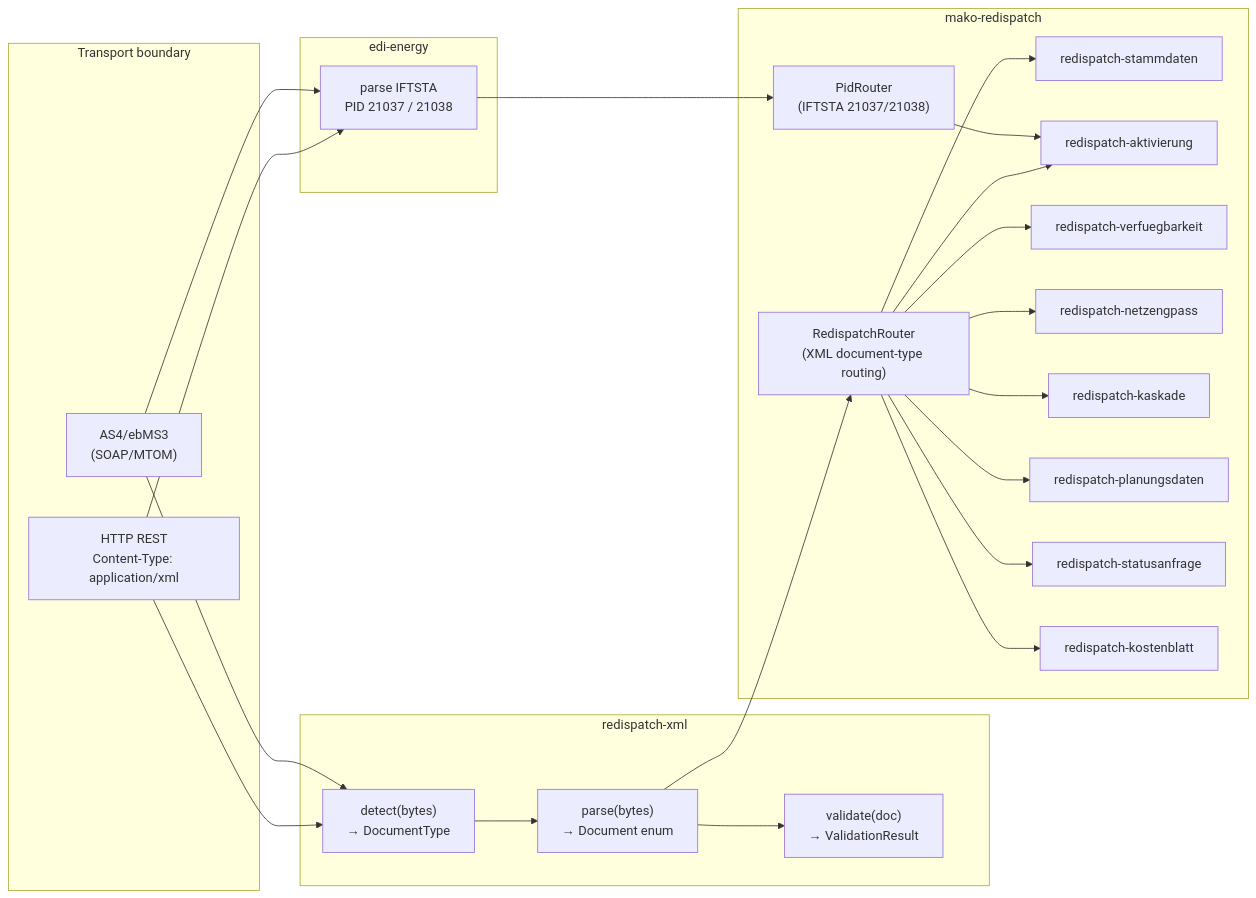
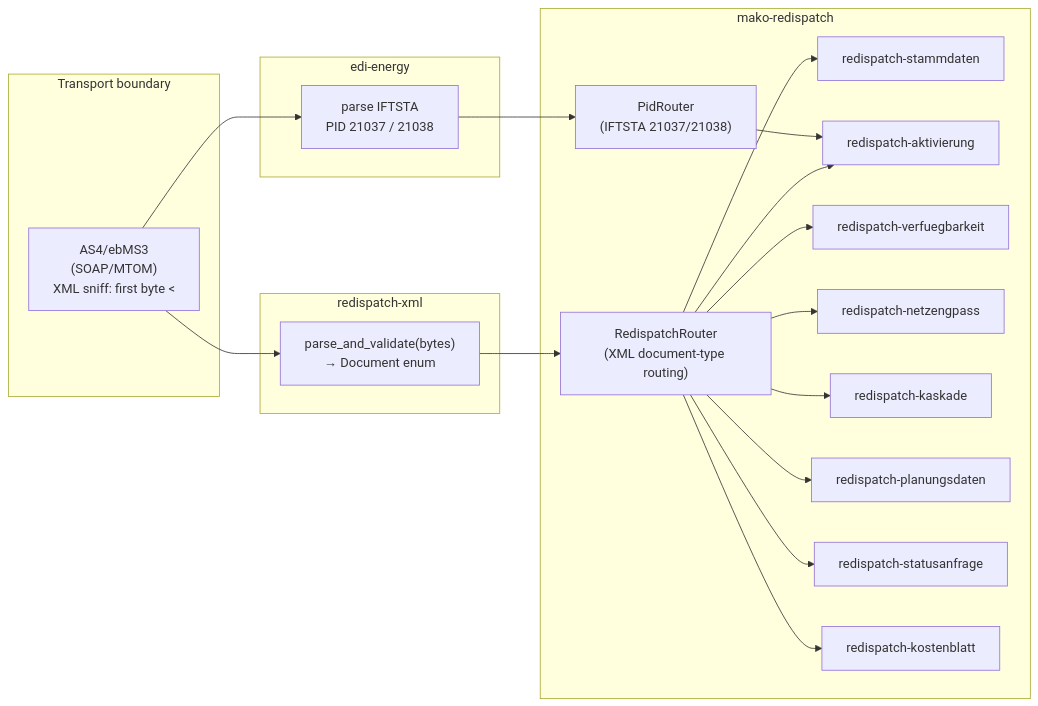
Before and after one commit to hupe1980/mako: the diagram in docs/redispatch.md, drawn with Mermaid. The commit also changed other lines of this file and 81 other files, not shown here.

````diff
--- a/docs/redispatch.md
+++ b/docs/redispatch.md
@@ -57,37 +58,33 @@
 ```mermaid
 graph LR
     subgraph "Transport boundary"
-        HTTP["HTTP REST\nContent-Type: application/xml"]
-        AS4["AS4/ebMS3\n(SOAP/MTOM)"]
+        AS4["AS4/ebMS3\n(SOAP/MTOM)\nXML sniff: first byte <"]
     end
 
     subgraph "redispatch-xml"
-        DETECT["detect(bytes)\n→ DocumentType"]
-        PARSE["parse(bytes)\n→ Document enum"]
-        VALIDATE["validate(doc)\n→ ValidationResult"]
-        DETECT --> PARSE --> VALIDATE
+        PARSE["parse_and_validate(bytes)\n→ Document enum"]
     end
 
     subgraph "edi-energy"
         IFTSTA["parse IFTSTA\nPID 21037 / 21038"]
     end
 
     subgraph "mako-redispatch"
         ROUTER["RedispatchRouter\n(XML document-type routing)"]
         PIDR["PidRouter\n(IFTSTA 21037/21038)"]
         WF1["redispatch-stammdaten"]
         WF2["redispatch-aktivierung"]
         WF3["redispatch-verfuegbarkeit"]
         WF4["redispatch-netzengpass"]
         WF5["redispatch-kaskade"]
         WF6["redispatch-planungsdaten"]
         WF7["redispatch-statusanfrage"]
         WF8["redispatch-kostenblatt"]
         ROUTER --> WF1 & WF2 & WF3 & WF4 & WF5 & WF6 & WF7 & WF8
         PIDR --> WF2
     end
 
-    HTTP & AS4 --> DETECT
+    AS4 --> PARSE
     PARSE --> ROUTER
-    HTTP & AS4 --> IFTSTA --> PIDR
+    AS4 --> IFTSTA --> PIDR
 ```
````
